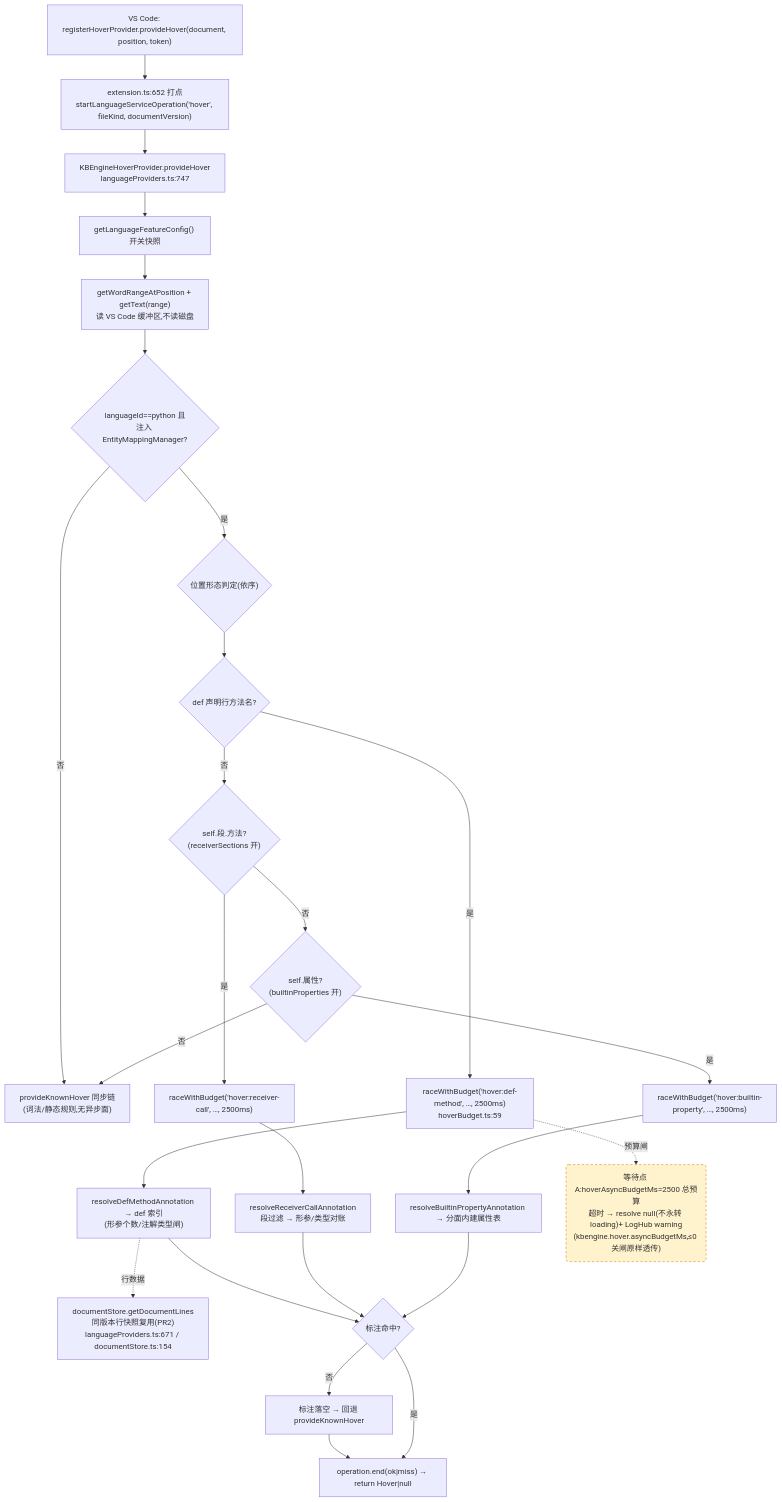
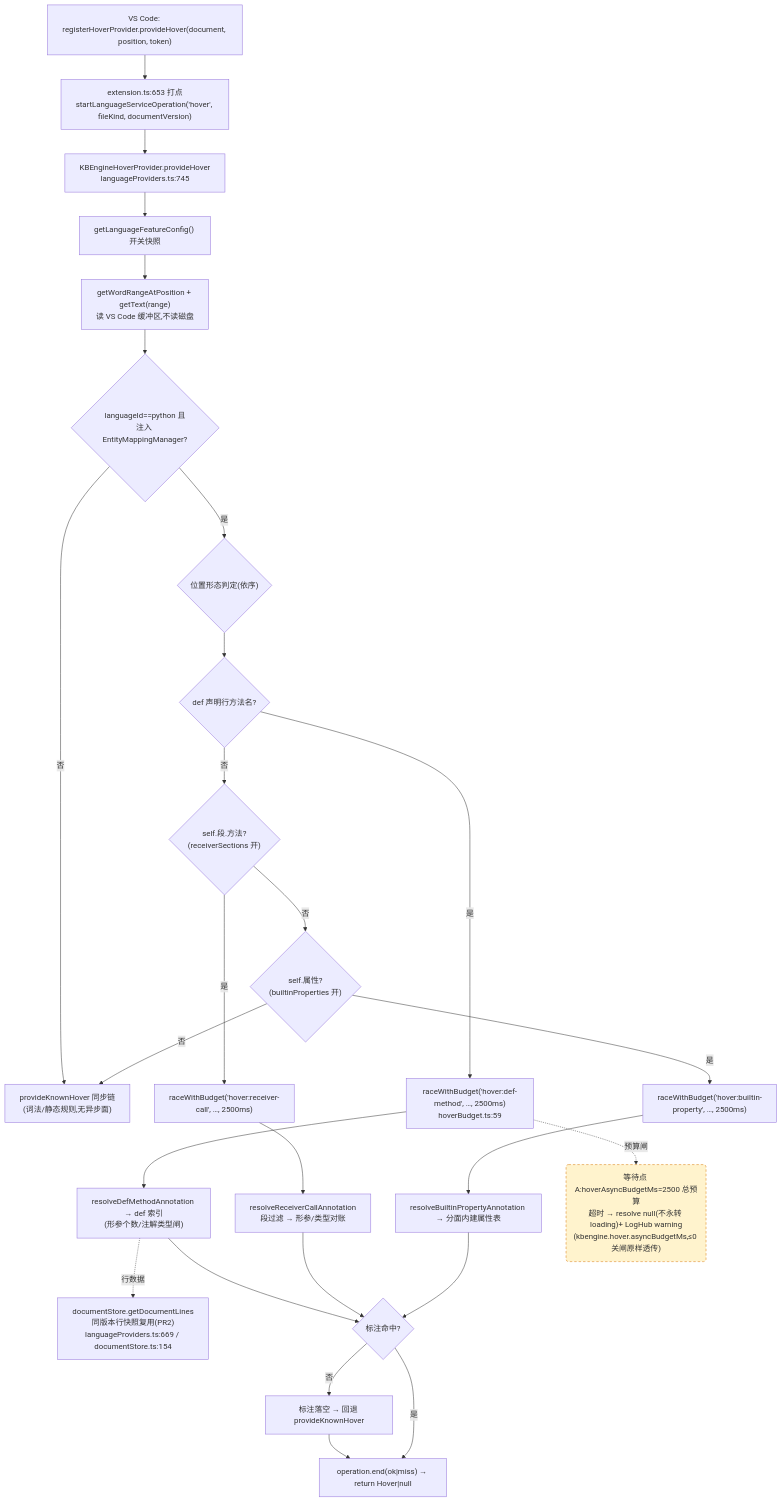
The first of 4 diagrams in docs/perf/2026-baseline.md (cuihairu/kode), drawn with Mermaid before and after one commit. The commit also changed other lines of this file and 9 other files, not shown here.

````diff
--- a/docs/perf/2026-baseline.md
+++ b/docs/perf/2026-baseline.md
@@ -82,45 +82,45 @@
 ```mermaid
 flowchart TD
   VC1["VS Code: registerHoverProvider.provideHover(document, position, token)"]
-  M1["extension.ts:652 打点<br/>startLanguageServiceOperation('hover', fileKind, documentVersion)"]
-  HP["KBEngineHoverProvider.provideHover<br/>languageProviders.ts:747"]
+  M1["extension.ts:653 打点<br/>startLanguageServiceOperation('hover', fileKind, documentVersion)"]
+  HP["KBEngineHoverProvider.provideHover<br/>languageProviders.ts:745"]
   CFG["getLanguageFeatureConfig() 开关快照"]
   WORD["getWordRangeAtPosition + getText(range)<br/>读 VS Code 缓冲区,不读磁盘"]
   BR{"languageId==python 且<br/>注入 EntityMappingManager?"}
   KN["provideKnownHover 同步链<br/>(词法/静态规则,无异步面)"]
   POS{"位置形态判定(依序)"}
   D1{"def 声明行方法名?"}
   D2{"self.段.方法?<br/>(receiverSections 开)"}
   D3{"self.属性?<br/>(builtinProperties 开)"}
   RA1["raceWithBudget('hover:def-method', …, 2500ms)<br/>hoverBudget.ts:59"]
   RA2["raceWithBudget('hover:receiver-call', …, 2500ms)"]
   RA3["raceWithBudget('hover:builtin-property', …, 2500ms)"]
   RS1["resolveDefMethodAnnotation → def 索引<br/>(形参个数/注解类型闸)"]
   RS2["resolveReceiverCallAnnotation<br/>段过滤 → 形参/类型对账"]
   RS3["resolveBuiltinPropertyAnnotation → 分面内建属性表"]
-  LINES["documentStore.getDocumentLines<br/>同版本行快照复用(PR2)<br/>languageProviders.ts:671 / documentStore.ts:154"]
+  LINES["documentStore.getDocumentLines<br/>同版本行快照复用(PR2)<br/>languageProviders.ts:669 / documentStore.ts:154"]
   MISS["标注落空 → 回退 provideKnownHover"]
   END1["operation.end(ok|miss) → return Hover|null"]
 
   VC1 --> M1 --> HP --> CFG --> WORD --> BR
   BR -- "否" --> KN
   BR -- "是" --> POS --> D1
   D1 -- "是" --> RA1 --> RS1
   D1 -- "否" --> D2
   D2 -- "是" --> RA2 --> RS2
   D2 -- "否" --> D3
   D3 -- "是" --> RA3 --> RS3
   D3 -- "否" --> KN
   RS1 --> HIT{"标注命中?"}
   RS2 --> HIT
   RS3 --> HIT
   RS1 -.->|行数据| LINES
   HIT -- "否" --> MISS --> END1
   HIT -- "是" --> END1
 
   WAITA("等待点 A:hoverAsyncBudgetMs=2500 总预算<br/>超时 → resolve null(不永转 loading)+ LogHub warning<br/>(kbengine.hover.asyncBudgetMs,≤0 关闸原样透传)")
   RA1 -.->|预算闸| WAITA
 
   classDef waitPoint fill:#fff3cd,stroke:#d97706,stroke-dasharray:5 4;
   class WAITA waitPoint;
 ```
````
